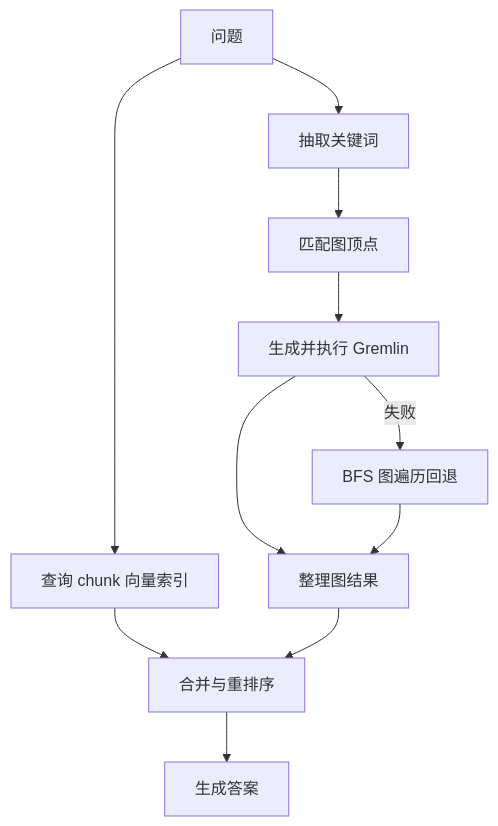
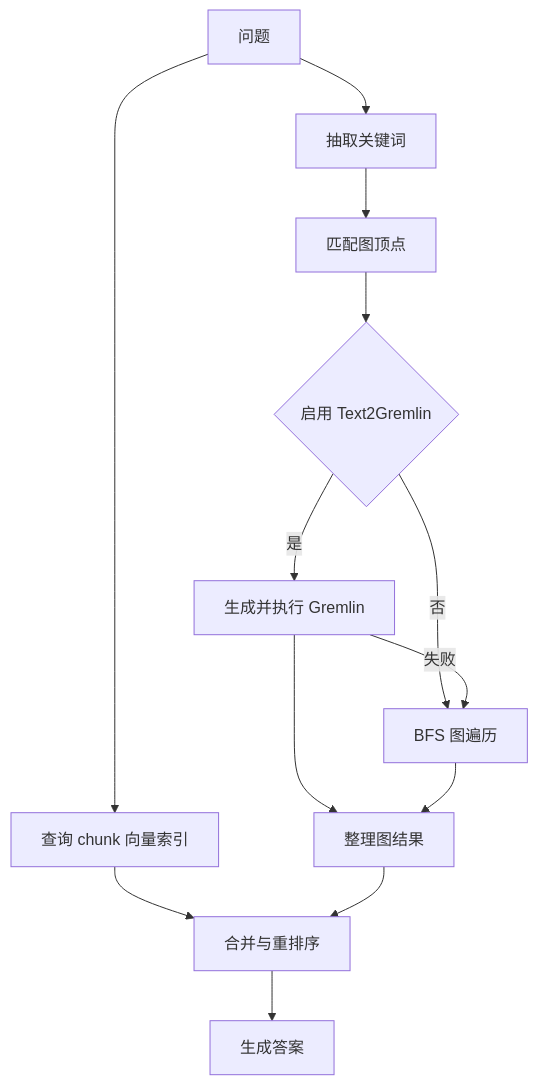
One commit to apache/hugegraph-doc changed the second of 2 diagrams in content/cn/docs/quickstart/hugegraph-ai/quick_start.md. Above: the diagram before and after it, drawn with Mermaid. The commit also changed other lines of this file and 56 other files, not shown here.

````diff
--- a/content/cn/docs/quickstart/hugegraph-ai/quick_start.md
+++ b/content/cn/docs/quickstart/hugegraph-ai/quick_start.md
@@ -57,13 +160,15 @@
 ```mermaid
 flowchart TD
     Q[问题] --> V[查询 chunk 向量索引]
     Q --> K[抽取关键词]
     K --> M[匹配图顶点]
-    M --> T[生成并执行 Gremlin]
-    T -->|失败| B[BFS 图遍历回退]
+    M --> D{启用 Text2Gremlin}
+    D -->|是| T[生成并执行 Gremlin]
+    D -->|否| B[BFS 图遍历]
+    T -->|失败| B
     T --> R[整理图结果]
     B --> R
     V --> S[合并与重排序]
     R --> S
     S --> A[生成答案]
 ```
````
